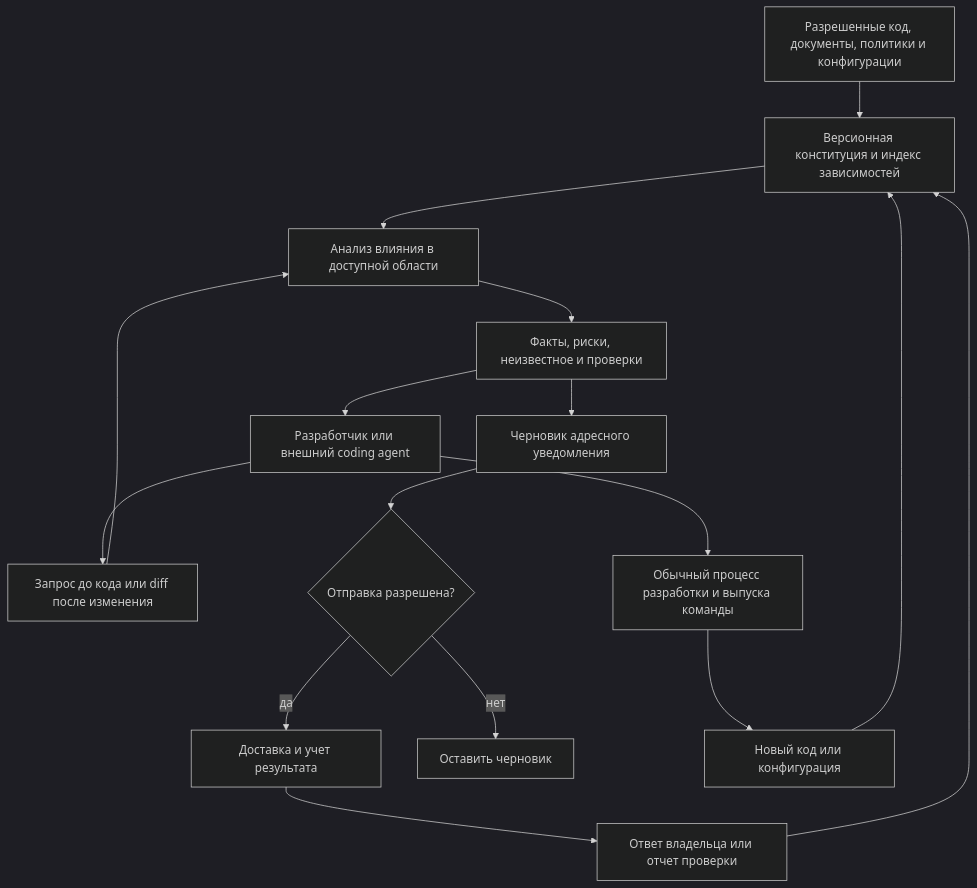
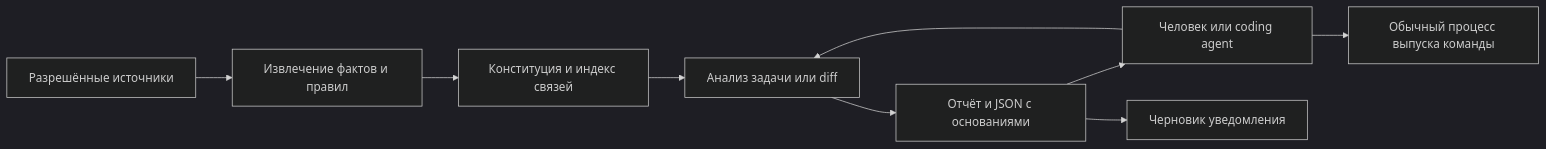
One commit to rengalaxies/agent changed the first of 2 diagrams in docs/product-architecture-2026-10-20.md. Above: the diagram before and after it, drawn with Mermaid (dark theme). The commit also changed other lines of this file and 21 other files, not shown here.

Commit message:
docs: narrow advisory architecture and validate end-to-end case

````diff
--- a/docs/product-architecture-2026-10-20.md
+++ b/docs/product-architecture-2026-10-20.md
@@ -28,18 +40,11 @@
 ```mermaid
-flowchart TD
-  S["Разрешенные код, документы, политики и конфигурации"] --> K["Версионная конституция и индекс зависимостей"]
-  H["Разработчик или внешний coding agent"] --> Q["Запрос до кода или diff после изменения"]
-  K --> A["Анализ влияния в доступной области"]
-  Q --> A
-  A --> R["Факты, риски, неизвестное и проверки"]
-  R --> H
-  R --> N["Черновик адресного уведомления"]
-  N --> P{"Отправка разрешена?"}
-  P -->|"да"| D["Доставка и учет результата"]
-  P -->|"нет"| C["Оставить черновик"]
-  D --> O["Ответ владельца или отчет проверки"]
-  O --> K
-  H --> T["Обычный процесс разработки и выпуска команды"]
-  T --> U["Новый код или конфигурация"]
-  U --> K
+flowchart LR
+  S["Разрешённые источники"] --> E["Извлечение фактов и правил"]
+  E --> K["Конституция и индекс связей"]
+  K --> A["Анализ задачи или diff"]
+  U["Человек или coding agent"] --> A
+  A --> R["Отчёт и JSON с основаниями"]
+  R --> U
+  R --> N["Черновик уведомления"]
+  U --> T["Обычный процесс выпуска команды"]
 ```
````
